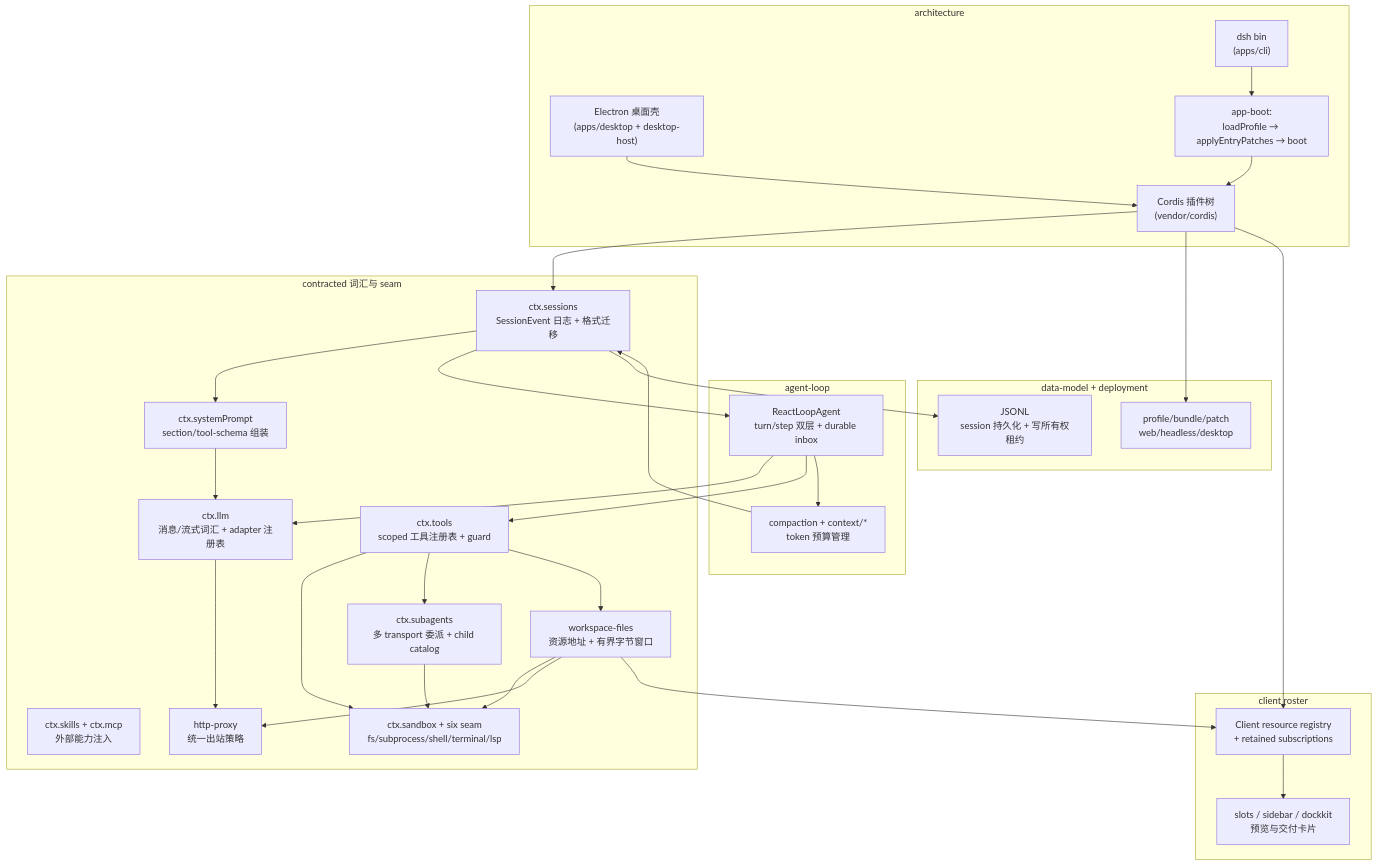
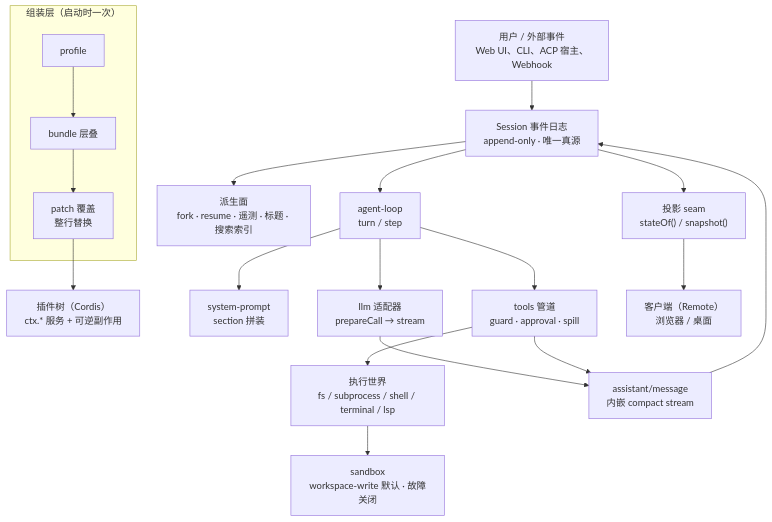
The first of 2 diagrams in ai-agent/deepseek-harness/README.md (morehao/oss-insights), drawn with Mermaid before and after one commit. The commit also changed other lines of this file and 40 other files, not shown here.

````diff
--- a/ai-agent/deepseek-harness/README.md
+++ b/ai-agent/deepseek-harness/README.md
@@ -107,54 +106,20 @@
 ```mermaid
-graph TB
-    subgraph 部署与装配[architecture]
-        CLI["dsh bin<br>(apps/cli)"]
-        DESK["Electron 桌面壳<br>(apps/desktop + desktop-host)"]
-        BOOT["app-boot:<br>loadProfile → applyEntryPatches → boot"]
-        TREE["Cordis 插件树<br>(vendor/cordis)"]
+flowchart TB
+    U["用户 / 外部事件<br>Web UI、CLI、ACP 宿主、Webhook"] --> S["Session 事件日志<br>append-only · 唯一真源"]
+    subgraph BOOT["组装层（启动时一次）"]
+      P["profile"] --> B["bundle 层叠"] --> PT["patch 覆盖<br>整行替换"]
     end
-    subgraph 能力面[contracted 词汇与 seam]
-        LLM["ctx.llm<br>消息/流式词汇 + adapter 注册表"]
-        SP["ctx.systemPrompt<br>section/tool-schema 组装"]
-        SAPI["ctx.sessions<br>SessionEvent 日志 + 格式迁移"]
-        TL["ctx.tools<br>scoped 工具注册表 + guard"]
-        SUB["ctx.subagents<br>多 transport 委派 + child catalog"]
-        SK["ctx.skills + ctx.mcp<br>外部能力注入"]
-        WF["workspace-files<br>资源地址 + 有界字节窗口"]
-        NET["http-proxy<br>统一出站策略"]
-        SAND["ctx.sandbox + six seam<br>fs/subprocess/shell/terminal/lsp"]
-    end
-    subgraph 驱动[agent-loop]
-        LOOP["ReactLoopAgent<br>turn/step 双层 + durable inbox"]
-        MEM["compaction + context/*<br>token 预算管理"]
-    end
-    subgraph 地面[data-model + deployment]
-        PERSIST["JSONL<br>session 持久化 + 写所有权租约"]
-        PROFILE["profile/bundle/patch<br>web/headless/desktop"]
-    end
-    subgraph 客户端[client roster]
-        CR["Client resource registry<br>+ retained subscriptions"]
-        UI["slots / sidebar / dockkit<br>预览与交付卡片"]
-    end
-
-    CLI --> BOOT --> TREE
-    DESK --> TREE
-    TREE --> SAPI
-    SAPI --> SP
-    SAPI --> LOOP
-    LOOP --> LLM
-    LOOP --> TL
-    TL --> SAND
-    TL --> SUB
-    TL --> WF
-    SP --> LLM
-    SUB --> SAND
-    WF --> SAND
-    LLM --> NET
-    WF --> NET
-    LOOP --> MEM
-    MEM --> SAPI
-    SAPI --> PERSIST
-    TREE --> PROFILE
-    TREE --> CR --> UI
-    WF --> CR
+    PT --> K["插件树（Cordis）<br>ctx.* 服务 + 可逆副作用"]
+    S --> L["agent-loop<br>turn / step"]
+    L --> SP["system-prompt<br>section 拼装"]
+    L --> TR["llm 适配器<br>prepareCall → stream"]
+    L --> TL["tools 管道<br>guard · approval · spill"]
+    TL --> W["执行世界<br>fs / subprocess / shell / terminal / lsp"]
+    W --> SB["sandbox<br>workspace-write 默认 · 故障关闭"]
+    TR --> LOG["assistant/message<br>内嵌 compact stream"]
+    TL --> LOG
+    LOG --> S
+    S --> PROJ["投影 seam<br>stateOf() / snapshot()"]
+    PROJ --> C["客户端（Remote）<br>浏览器 / 桌面"]
+    S --> DEF["派生面<br>fork · resume · 遥测 · 标题 · 搜索索引"]
 ```
````
